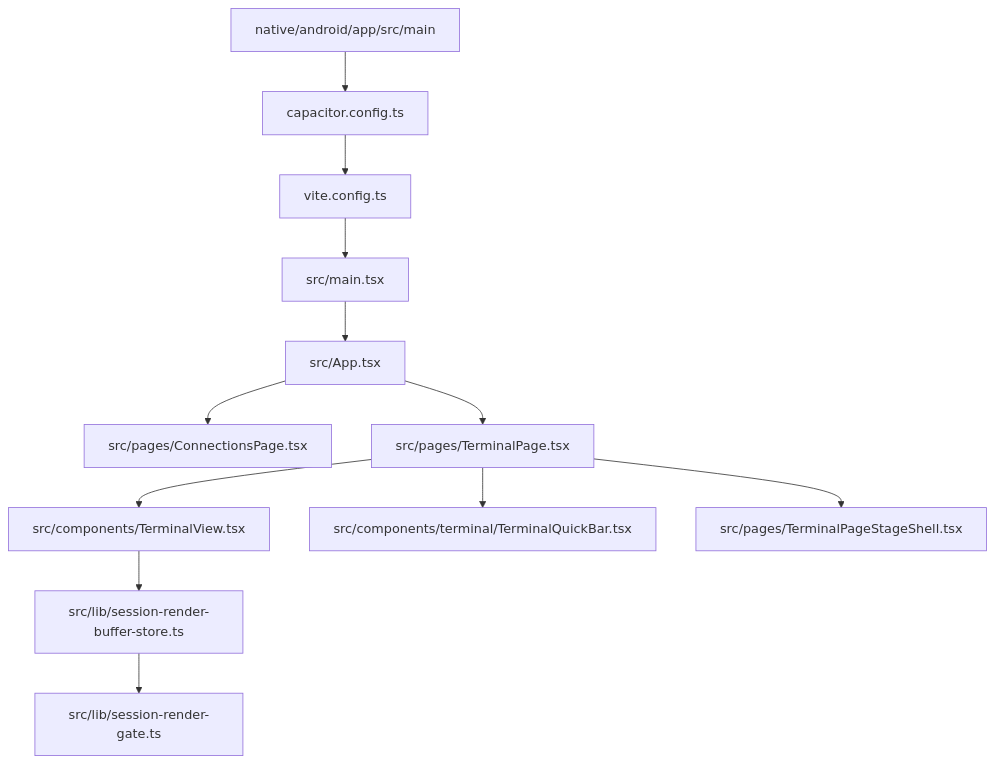
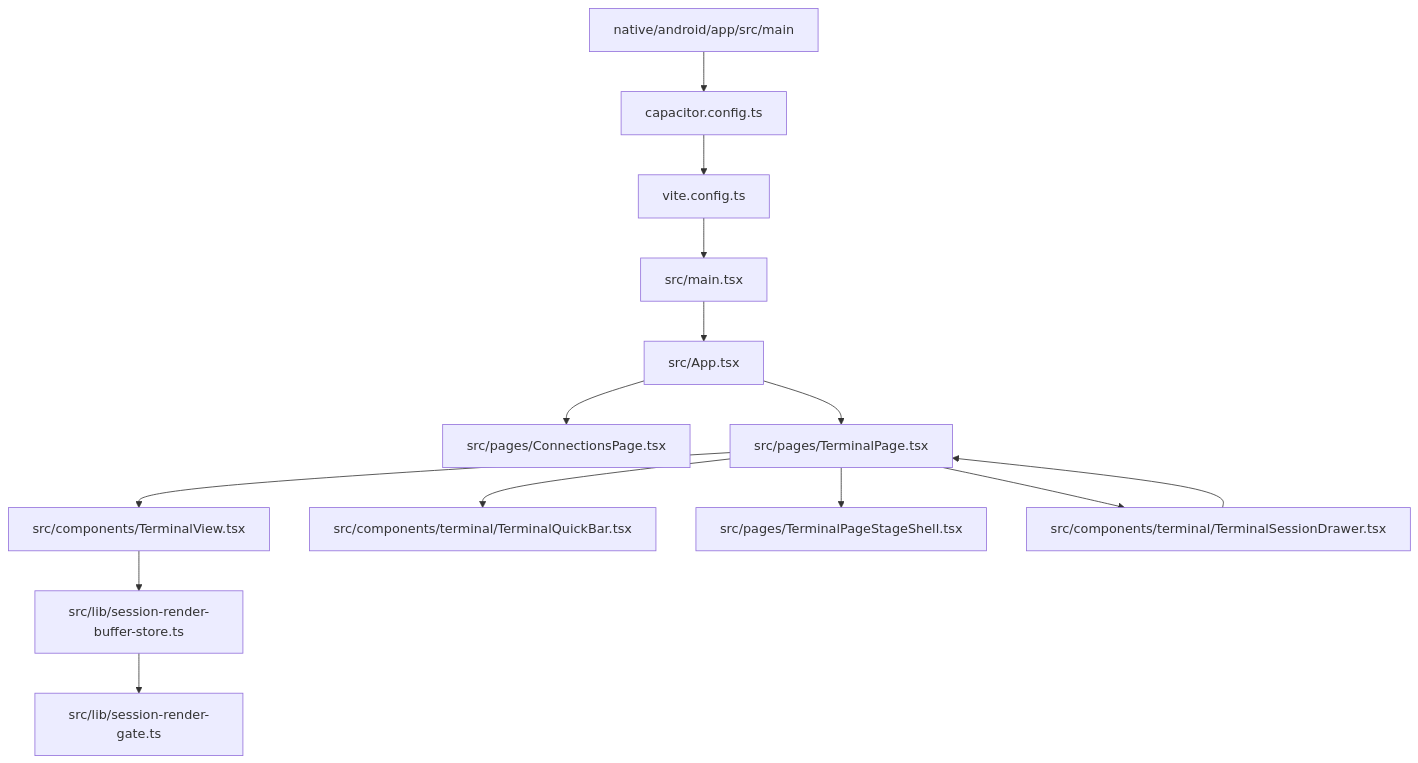
The first of 3 diagrams in android/docs/wiki/mainline-source.md (Jasonzhangf/zterm), drawn with Mermaid before and after one commit. The commit also changed other lines of this file and 2 other files, not shown here.

Commit message:
docs(session-drawer): register feature in registry, function-map, mainline-source

````diff
--- a/android/docs/wiki/mainline-source.md
+++ b/android/docs/wiki/mainline-source.md
@@ -7,14 +7,16 @@
 ```mermaid
 flowchart TD
   Native["native/android/app/src/main"] --> Capacitor["capacitor.config.ts"]
   Capacitor --> Vite["vite.config.ts"]
   Vite --> Main["src/main.tsx"]
   Main --> App["src/App.tsx"]
   App --> Connections["src/pages/ConnectionsPage.tsx"]
   App --> TerminalPage["src/pages/TerminalPage.tsx"]
   TerminalPage --> TerminalView["src/components/TerminalView.tsx"]
   TerminalPage --> QuickBar["src/components/terminal/TerminalQuickBar.tsx"]
   TerminalPage --> StageShell["src/pages/TerminalPageStageShell.tsx"]
+  TerminalPage --> SessionDrawer["src/components/terminal/TerminalSessionDrawer.tsx"]
+  SessionDrawer --> TerminalPage
   TerminalView --> Renderer["src/lib/session-render-buffer-store.ts"]
   Renderer --> RenderGate["src/lib/session-render-gate.ts"]
 ```
````
